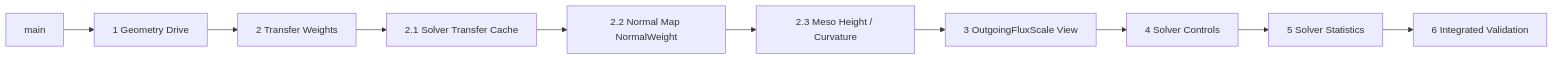
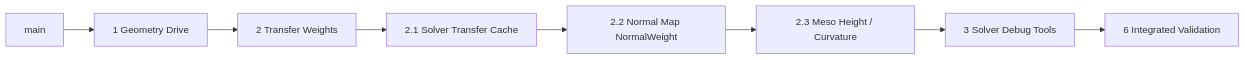
One commit to Yonaim/Material-Dependent-Surface-State-Engine changed the second of 2 diagrams in Docs/MDSSP-Vault/02_Planning/02_Weekly-Details/Week-05/0000_Week5-Branch-Plan.md. Above: the diagram before and after it, drawn with Mermaid. The commit also changed other lines of this file and 7 other files, not shown here.

````diff
--- a/Docs/MDSSP-Vault/02_Planning/02_Weekly-Details/Week-05/0000_Week5-Branch-Plan.md
+++ b/Docs/MDSSP-Vault/02_Planning/02_Weekly-Details/Week-05/0000_Week5-Branch-Plan.md
@@ -128,12 +128,10 @@
 ```mermaid
 flowchart LR
     Main[main] --> B1[1 Geometry Drive]
     B1 --> B2[2 Transfer Weights]
     B2 --> B21[2.1 Solver Transfer Cache]
     B21 --> B22[2.2 Normal Map NormalWeight]
     B22 --> B23[2.3 Meso Height / Curvature]
-    B23 --> B3[3 OutgoingFluxScale View]
-    B3 --> B4[4 Solver Controls]
-    B4 --> B5[5 Solver Statistics]
-    B5 --> B6[6 Integrated Validation]
+    B23 --> B3[3 Solver Debug Tools]
+    B3 --> B6[6 Integrated Validation]
 ```
````
